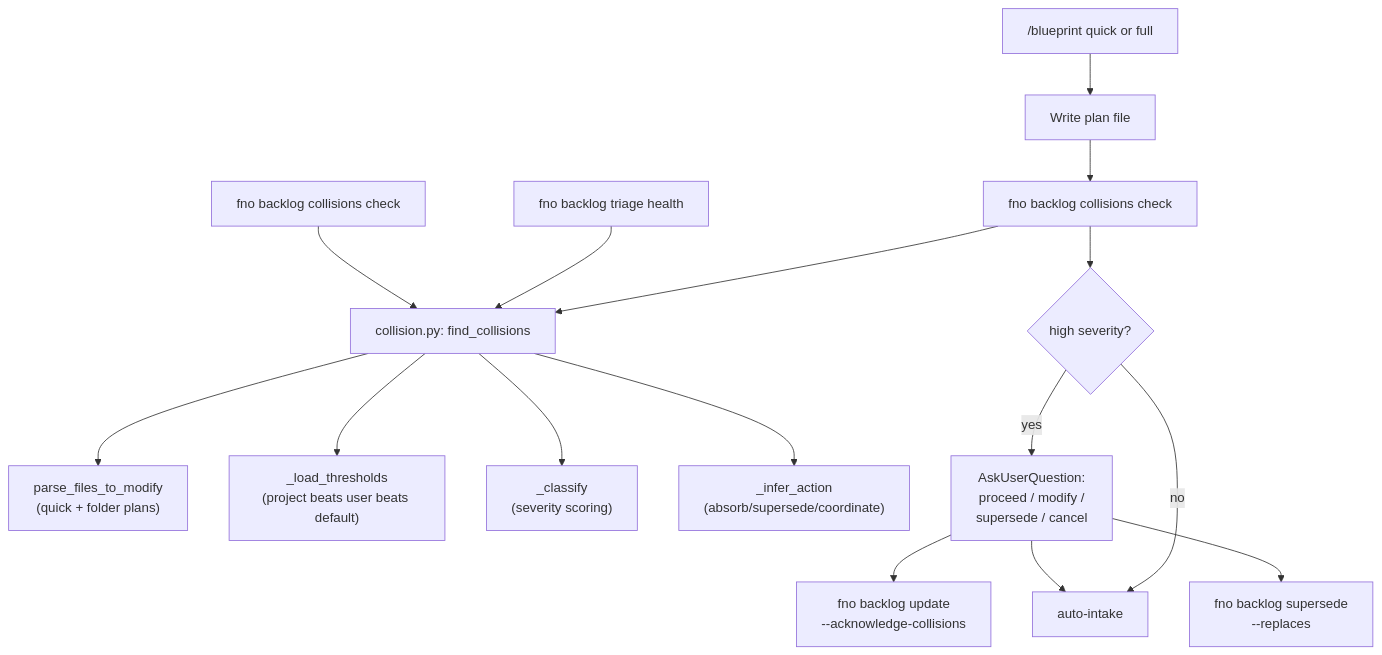
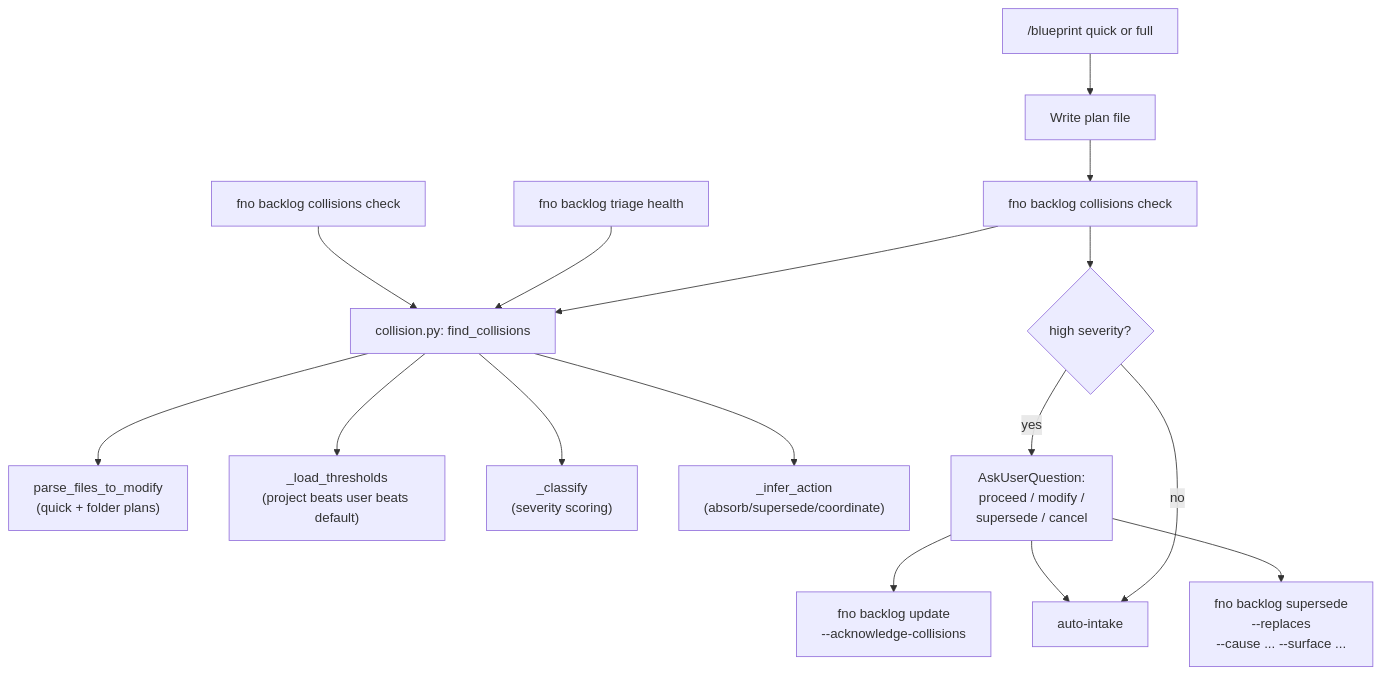
One commit to bllshttng/footnote changed the diagram in docs/architecture/graph-collision-detection.md. Above: the diagram before and after it, drawn with Mermaid. The commit also changed 8 other files, not shown here.

First line of the commit message:
fix(backlog): tell supersede callers what changed, and keep their reason

````diff
--- a/docs/architecture/graph-collision-detection.md
+++ b/docs/architecture/graph-collision-detection.md
@@ -36,21 +36,21 @@
 ```mermaid
 graph TD
     SPEC["/blueprint quick or full"] --> WRITE["Write plan file"]
     WRITE --> CHECK["fno backlog collisions check"]
     CHECK --> COL["collision.py: find_collisions"]
 
     HEALTH["fno backlog triage health"] --> COL
     DIRECT["fno backlog collisions check"] --> COL
 
     COL --> PARSE["parse_files_to_modify\n(quick + folder plans)"]
     COL --> THRESH["_load_thresholds\n(project beats user beats default)"]
     COL --> CLASSIFY["_classify\n(severity scoring)"]
     COL --> ACTION["_infer_action\n(absorb/supersede/coordinate)"]
 
     CHECK --> ASK{"high severity?"}
     ASK -->|no| ADOPT["auto-intake"]
     ASK -->|yes| OPTIONS["AskUserQuestion:\nproceed / modify /\nsupersede / cancel"]
     OPTIONS --> ACK["fno backlog update\n--acknowledge-collisions"]
-    OPTIONS --> SUP["fno backlog supersede\n<new> --replaces <old>"]
+    OPTIONS --> SUP["fno backlog supersede\n<new> --replaces <old>\n--cause ... --surface ..."]
     OPTIONS --> ADOPT
 ```
````
